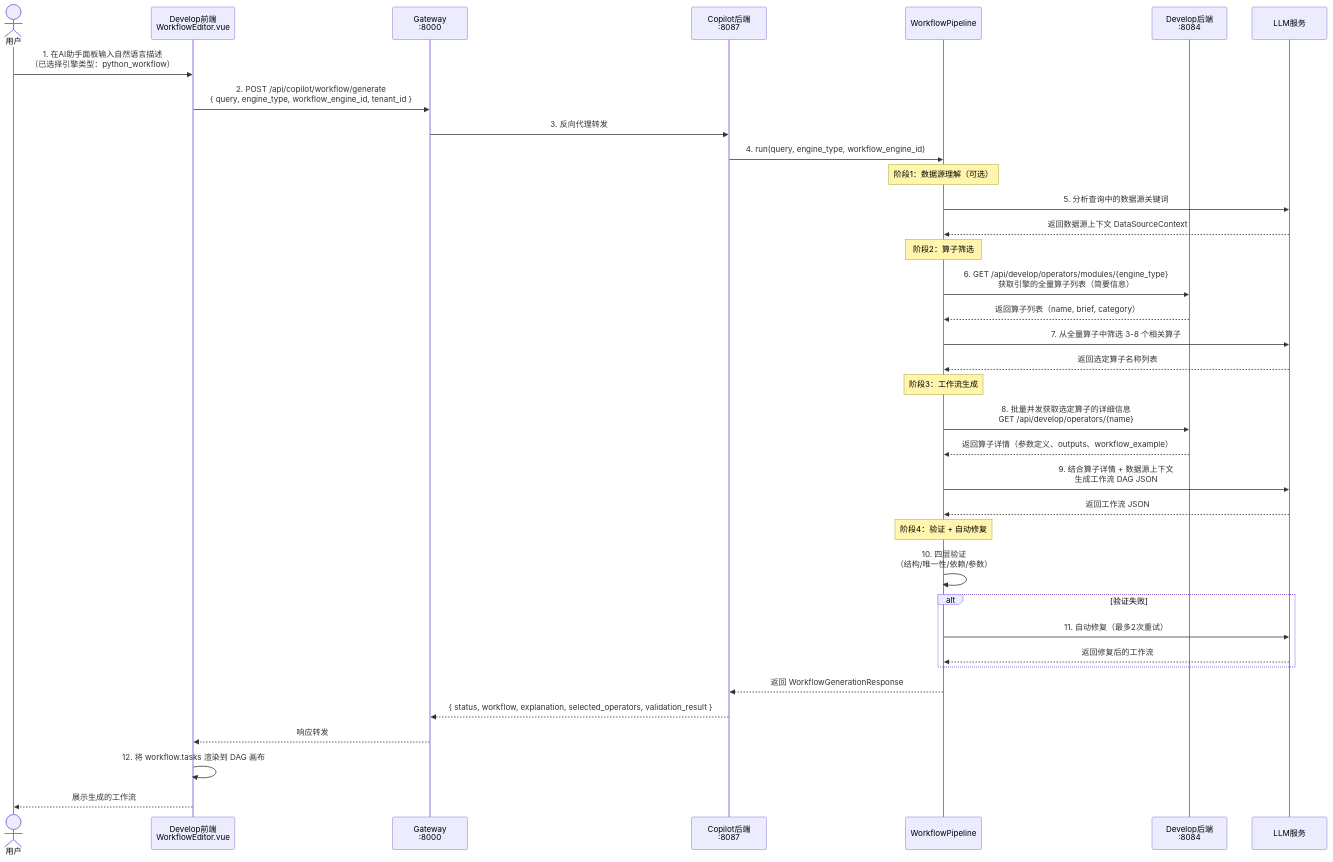
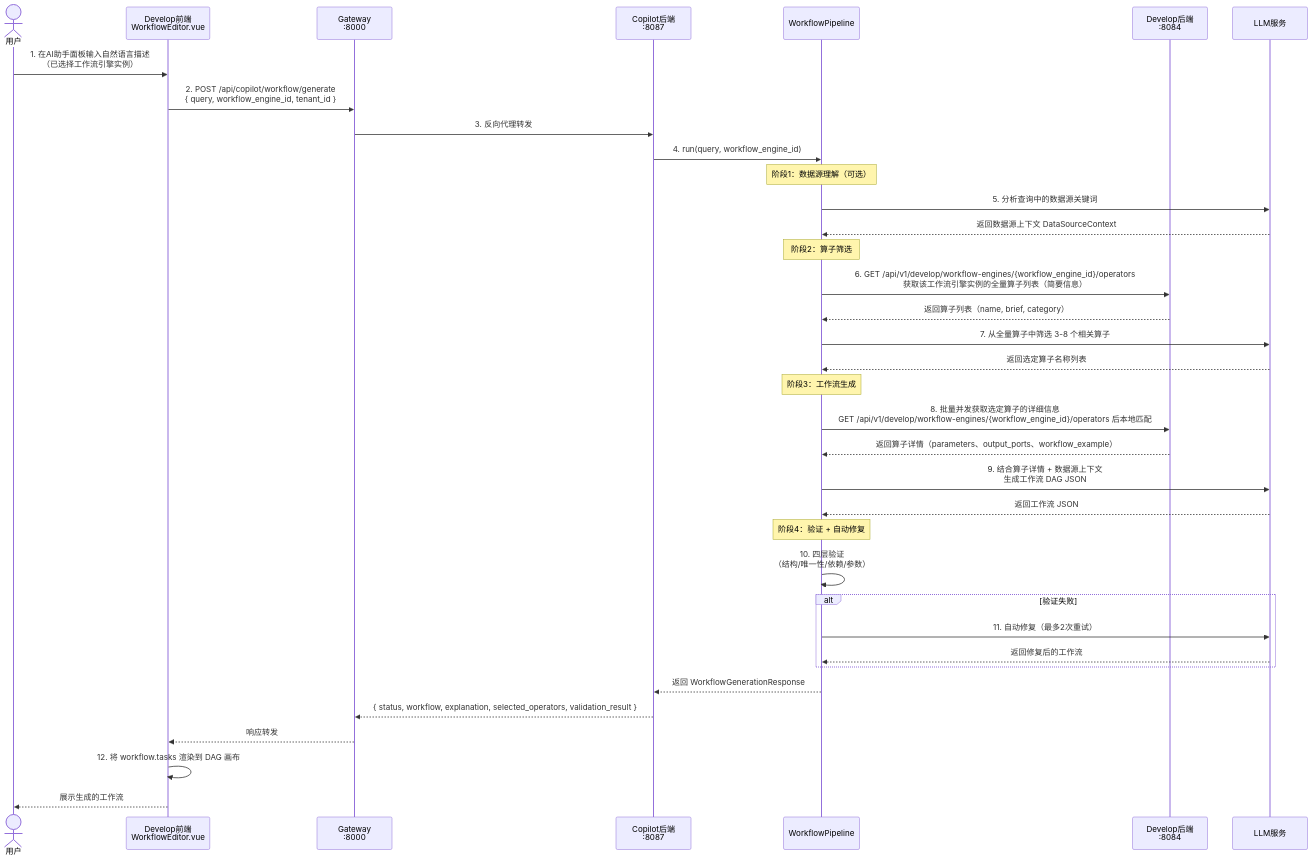
One commit to pampa0629/addp changed the first of 3 diagrams in copilot/docs/copilot-develop-调用关系说明.md. Above: the diagram before and after it, drawn with Mermaid. The commit also changed other lines of this file and 536 other files, not shown here.

````diff
--- a/copilot/docs/copilot-develop-调用关系说明.md
+++ b/copilot/docs/copilot-develop-调用关系说明.md
@@ -31,44 +31,44 @@
 ```mermaid
 sequenceDiagram
     actor User as 用户
     participant FE as Develop前端<br/>WorkflowEditor.vue
     participant GW as Gateway<br/>:8000
     participant Copilot as Copilot后端<br/>:8087
     participant Pipeline as WorkflowPipeline
     participant DevBE as Develop后端<br/>:8084
     participant LLM as LLM服务
 
-    User->>FE: 1. 在AI助手面板输入自然语言描述<br/>（已选择引擎类型：python_workflow）
-    FE->>GW: 2. POST /api/copilot/workflow/generate<br/>{ query, engine_type, workflow_engine_id, tenant_id }
+    User->>FE: 1. 在AI助手面板输入自然语言描述<br/>（已选择工作流引擎实例）
+    FE->>GW: 2. POST /api/copilot/workflow/generate<br/>{ query, workflow_engine_id, tenant_id }
     GW->>Copilot: 3. 反向代理转发
-    Copilot->>Pipeline: 4. run(query, engine_type, workflow_engine_id)
+    Copilot->>Pipeline: 4. run(query, workflow_engine_id)
 
     note over Pipeline: 阶段1：数据源理解（可选）
     Pipeline->>LLM: 5. 分析查询中的数据源关键词
     LLM-->>Pipeline: 返回数据源上下文 DataSourceContext
 
     note over Pipeline: 阶段2：算子筛选
-    Pipeline->>DevBE: 6. GET /api/develop/operators/modules/{engine_type}<br/>获取引擎的全量算子列表（简要信息）
+    Pipeline->>DevBE: 6. GET /api/v1/develop/workflow-engines/{workflow_engine_id}/operators<br/>获取该工作流引擎实例的全量算子列表（简要信息）
     DevBE-->>Pipeline: 返回算子列表（name, brief, category）
     Pipeline->>LLM: 7. 从全量算子中筛选 3-8 个相关算子
     LLM-->>Pipeline: 返回选定算子名称列表
 
     note over Pipeline: 阶段3：工作流生成
-    Pipeline->>DevBE: 8. 批量并发获取选定算子的详细信息<br/>GET /api/develop/operators/{name}
-    DevBE-->>Pipeline: 返回算子详情（参数定义、outputs、workflow_example）
+    Pipeline->>DevBE: 8. 批量并发获取选定算子的详细信息<br/>GET /api/v1/develop/workflow-engines/{workflow_engine_id}/operators 后本地匹配
+    DevBE-->>Pipeline: 返回算子详情（parameters、output_ports、workflow_example）
     Pipeline->>LLM: 9. 结合算子详情 + 数据源上下文<br/>生成工作流 DAG JSON
     LLM-->>Pipeline: 返回工作流 JSON
 
     note over Pipeline: 阶段4：验证 + 自动修复
     Pipeline->>Pipeline: 10. 四层验证<br/>（结构/唯一性/依赖/参数）
     alt 验证失败
         Pipeline->>LLM: 11. 自动修复（最多2次重试）
         LLM-->>Pipeline: 返回修复后的工作流
     end
 
     Pipeline-->>Copilot: 返回 WorkflowGenerationResponse
     Copilot-->>GW: { status, workflow, explanation, selected_operators, validation_result }
     GW-->>FE: 响应转发
     FE->>FE: 12. 将 workflow.tasks 渲染到 DAG 画布
     FE-->>User: 展示生成的工作流
 ```
````
